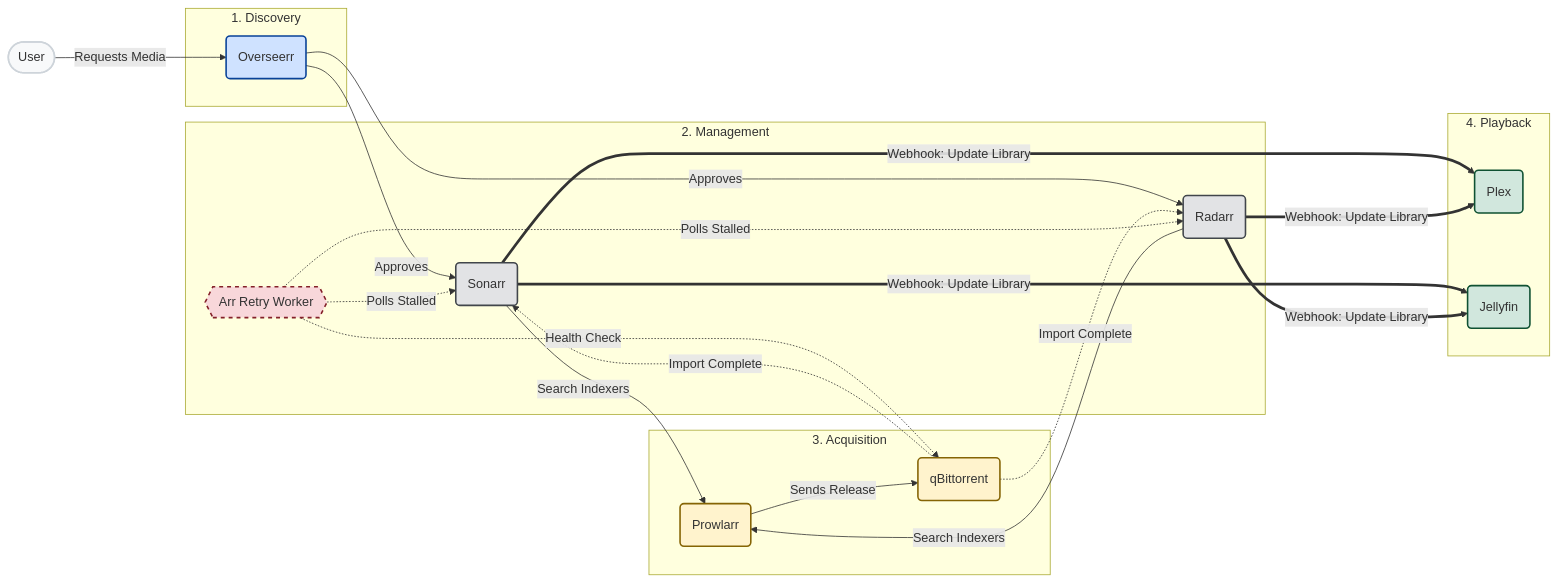
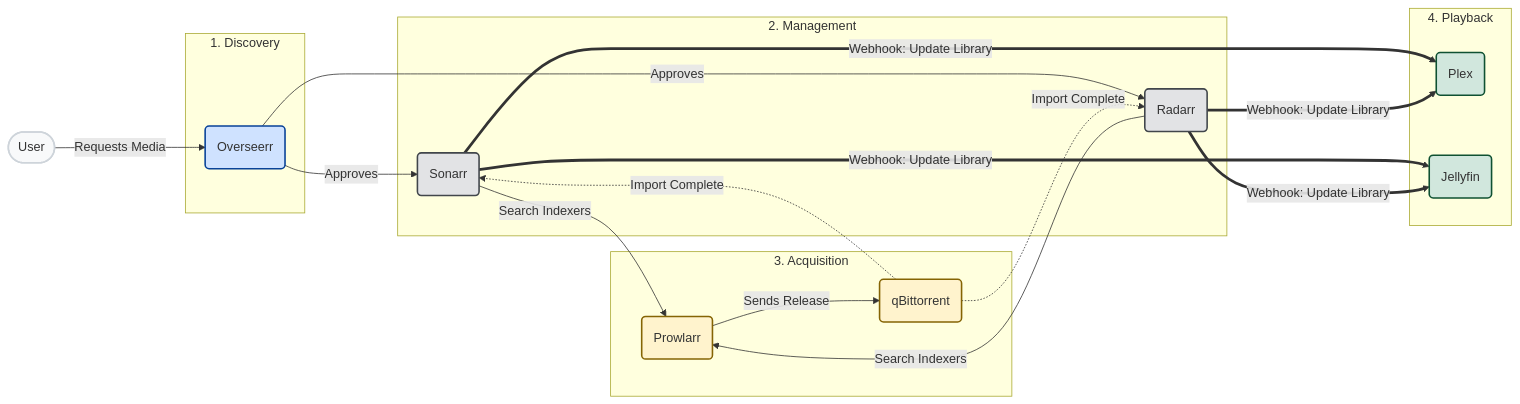
Before and after one commit to jon-robbins/homelab: the fourth of 4 diagrams in README.md, drawn with Mermaid. The commit also changed other lines of this file and 41 other files, not shown here.

First line of the commit message:
refactor: simplify compose + retire jackett/arr-retry

````diff
--- a/README.md
+++ b/README.md
@@ -353,59 +424,51 @@
 ```mermaid
 flowchart LR
     %% -- Styling --
     classDef user fill:#f8f9fa,stroke:#ced4da,stroke-width:2px;
     classDef request fill:#cfe2ff,stroke:#084298,stroke-width:2px;
     classDef arr fill:#e2e3e5,stroke:#41464b,stroke-width:2px;
     classDef download fill:#fff3cd,stroke:#856404,stroke-width:2px;
     classDef player fill:#d1e7dd,stroke:#0f5132,stroke-width:2px;
-    classDef worker fill:#f8d7da,stroke:#842029,stroke-width:2px,stroke-dasharray: 5 5;
-
     %% -- User Entry --
     User([User]):::user
 
     %% -- Lifecycle Stages --
     subgraph Phase1 ["1. Discovery"]
         Overseerr(Overseerr):::request
     end
 
     subgraph Phase2 ["2. Management"]
         Sonarr(Sonarr):::arr
         Radarr(Radarr):::arr
-        ArrRetry{{Arr Retry Worker}}:::worker
     end
 
     subgraph Phase3 ["3. Acquisition"]
         Prowlarr(Prowlarr):::download
         Qbit(qBittorrent):::download
     end
 
     subgraph Phase4 ["4. Playback"]
         Plex(Plex):::player
         Jellyfin(Jellyfin):::player
     end
 
     %% -- Main Request Flow --
     User -->|Requests Media| Overseerr
     Overseerr -->|Approves| Sonarr
     Overseerr -->|Approves| Radarr
     
     %% -- Search & Download --
     Sonarr -->|Search Indexers| Prowlarr
     Radarr -->|Search Indexers| Prowlarr
     Prowlarr -->|Sends Release| Qbit
 
     %% -- Feedback Loop (Dotted to reduce visual weight) --
     Qbit -.->|Import Complete| Sonarr
     Qbit -.->|Import Complete| Radarr
 
     %% -- Final Media Refresh (Heavy lines for state change) --
     Sonarr ==>|Webhook: Update Library| Plex
     Sonarr ==>|Webhook: Update Library| Jellyfin
     Radarr ==>|Webhook: Update Library| Plex
     Radarr ==>|Webhook: Update Library| Jellyfin
-
-    %% -- Background Automation --
-    ArrRetry -.->|Polls Stalled| Sonarr
-    ArrRetry -.->|Polls Stalled| Radarr
-    ArrRetry -.->|Health Check| Qbit
 ```
````
